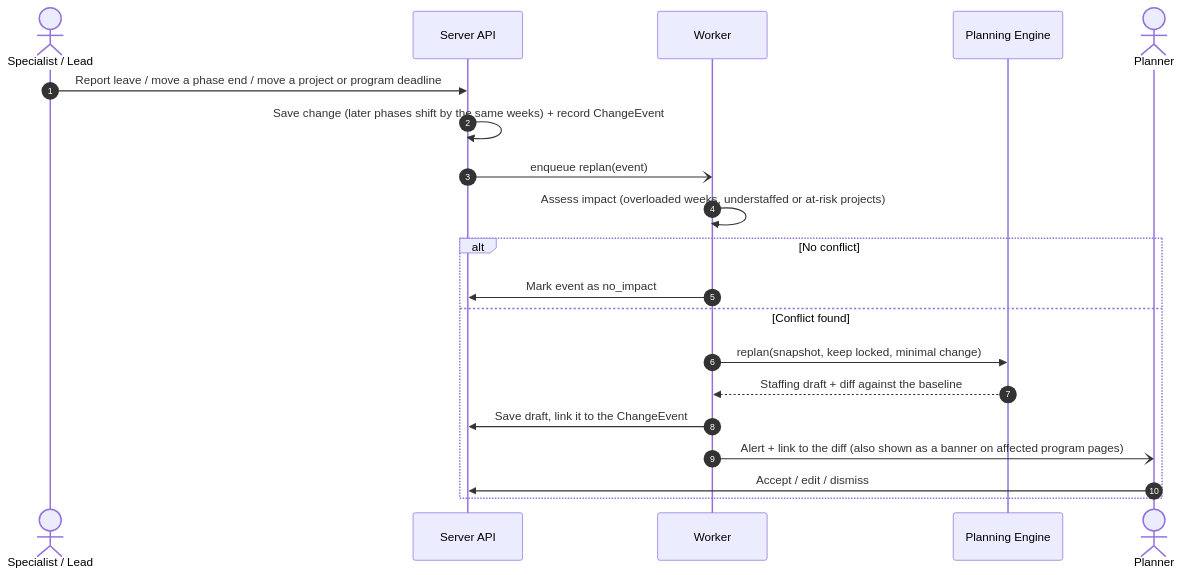
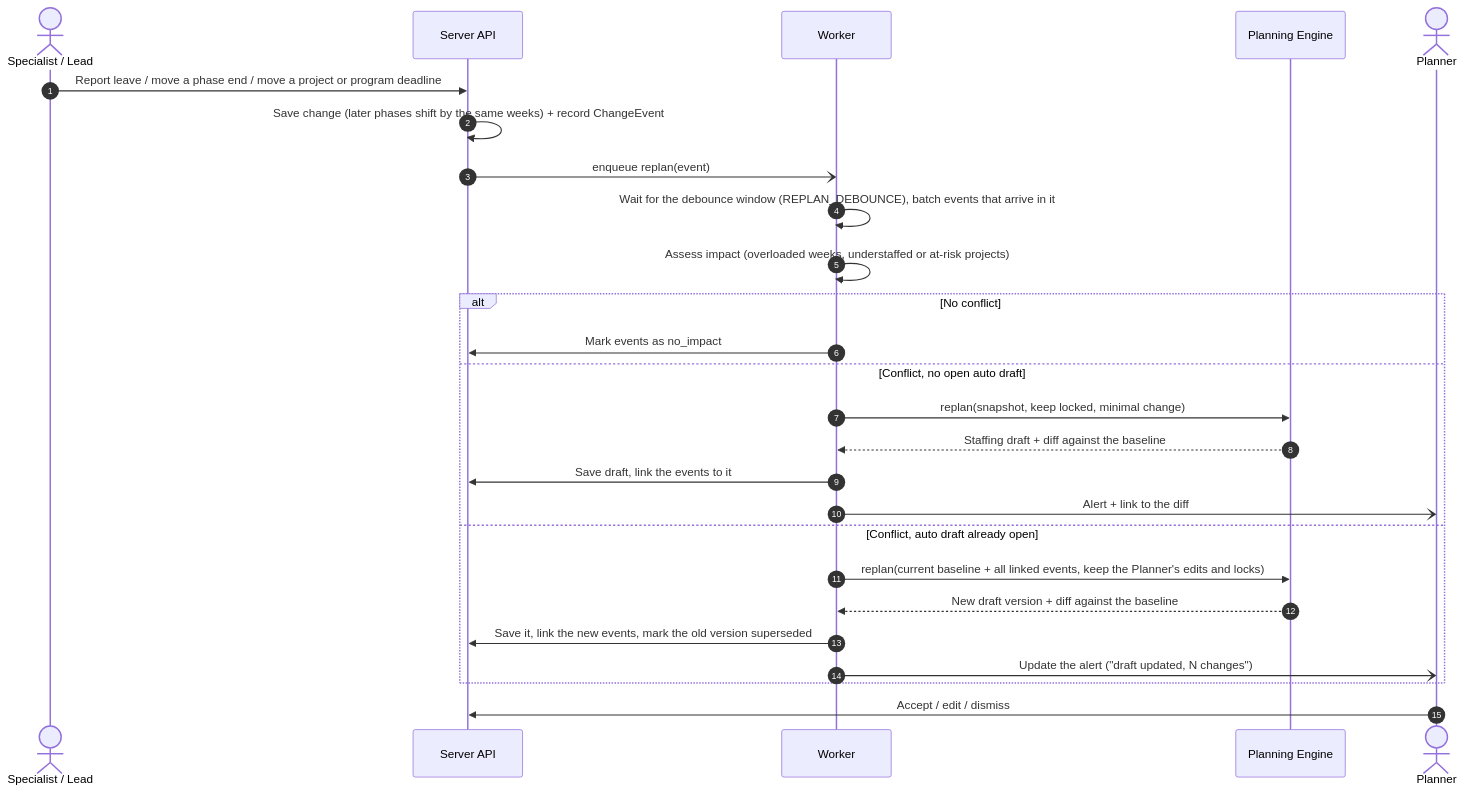
Before and after one commit to dophnamm/the-slot-finder: the seventh of 8 diagrams in README.md, drawn with Mermaid. The commit also changed other lines of this file and 4 other files, not shown here.

````diff
--- a/README.md
+++ b/README.md
@@ -437,23 +512,29 @@
 ```mermaid
 sequenceDiagram
   autonumber
   actor S as Specialist / Lead
   participant API as Server API
   participant W as Worker
   participant ENG as Planning Engine
   actor P as Planner
 
   S->>API: Report leave / move a phase end / move a project or program deadline
   API->>API: Save change (later phases shift by the same weeks) + record ChangeEvent
   API-)W: enqueue replan(event)
+  W->>W: Wait for the debounce window (REPLAN_DEBOUNCE), batch events that arrive in it
   W->>W: Assess impact (overloaded weeks, understaffed or at-risk projects)
   alt No conflict
-    W->>API: Mark event as no_impact
-  else Conflict found
+    W->>API: Mark events as no_impact
+  else Conflict, no open auto draft
     W->>ENG: replan(snapshot, keep locked, minimal change)
     ENG-->>W: Staffing draft + diff against the baseline
-    W->>API: Save draft, link it to the ChangeEvent
-    W-)P: Alert + link to the diff (also shown as a banner on affected program pages)
-    P->>API: Accept / edit / dismiss
+    W->>API: Save draft, link the events to it
+    W-)P: Alert + link to the diff
+  else Conflict, auto draft already open
+    W->>ENG: replan(current baseline + all linked events, keep the Planner's edits and locks)
+    ENG-->>W: New draft version + diff against the baseline
+    W->>API: Save it, link the new events, mark the old version superseded
+    W-)P: Update the alert ("draft updated, N changes")
   end
+  P->>API: Accept / edit / dismiss
 ```
````
